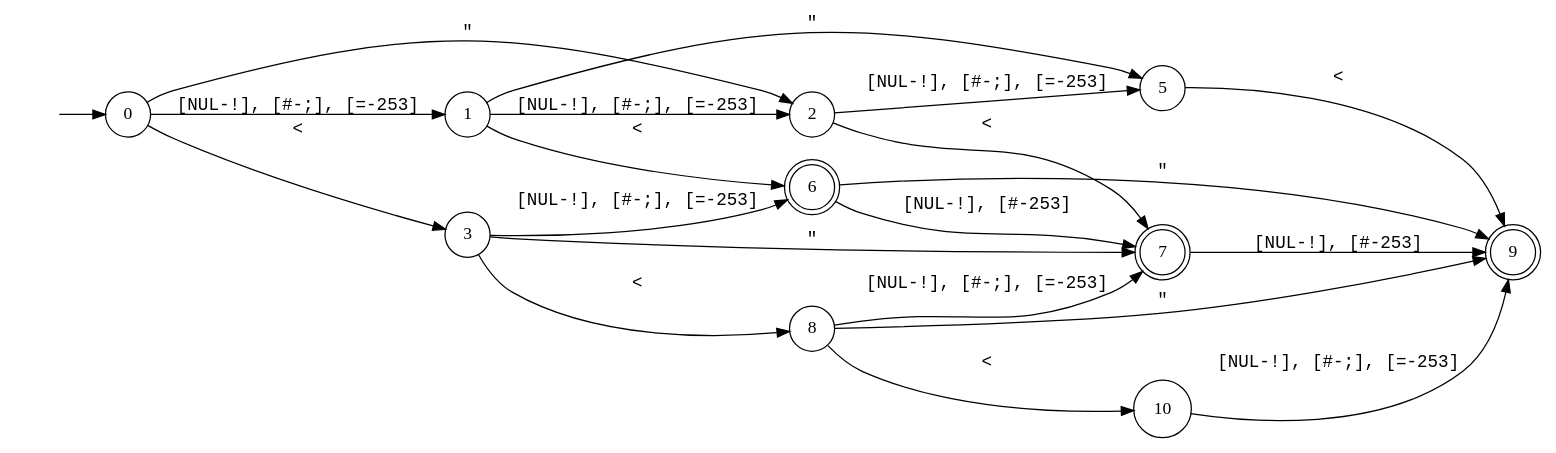
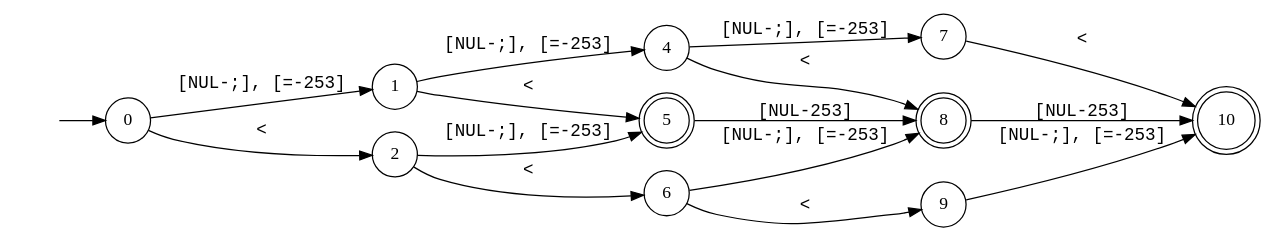
Before and after one commit to vlab-cs-ucsb/SemRep: the diagram in SemRep/outputs/reference_depgraph_target_depgraph_x_sp_auto.dot, drawn with Graphviz. The commit also changed 2 other files, not shown here.

```diff
--- a/SemRep/outputs/reference_depgraph_target_depgraph_x_sp_auto.dot
+++ b/SemRep/outputs/reference_depgraph_target_depgraph_x_sp_auto.dot
@@ -1,31 +1,26 @@
 digraph MONA_DFA {
  rankdir = LR;
  center = true;
  size = "700.5,1000.5";
  edge [fontname = Courier];
  node [height = .5, width = .5];
- node [shape = doublecircle]; 6; 7; 9;
- node [shape = circle]; 0; 1; 2; 3; 5; 8; 10;
+ node [shape = doublecircle]; 5; 8; 10;
+ node [shape = circle]; 0; 1; 2; 4; 6; 7; 9;
  node [shape = box];
  init [shape = plaintext, label = ""];
  init -> 0;
- 0 -> 1 [label=" [NUL-!], [#-;], [=-253]\n"];
- 0 -> 2 [label=" \""];
- 0 -> 3 [label=" <"];
- 1 -> 2 [label=" [NUL-!], [#-;], [=-253]\n"];
- 1 -> 5 [label=" \""];
- 1 -> 6 [label=" <"];
- 2 -> 5 [label=" [NUL-!], [#-;], [=-253]\n"];
- 2 -> 7 [label=" <"];
- 3 -> 6 [label=" [NUL-!], [#-;], [=-253]\n"];
- 3 -> 7 [label=" \""];
- 3 -> 8 [label=" <"];
- 5 -> 9 [label=" <"];
- 6 -> 7 [label=" [NUL-!], [#-253]"];
- 6 -> 9 [label=" \""];
- 7 -> 9 [label=" [NUL-!], [#-253]"];
- 8 -> 7 [label=" [NUL-!], [#-;], [=-253]\n"];
- 8 -> 9 [label=" \""];
- 8 -> 10 [label=" <"];
- 10 -> 9 [label=" [NUL-!], [#-;], [=-253]\n"];
+ 0 -> 1 [label=" [NUL-;], [=-253]"];
+ 0 -> 2 [label=" <"];
+ 1 -> 4 [label=" [NUL-;], [=-253]"];
+ 1 -> 5 [label=" <"];
+ 2 -> 5 [label=" [NUL-;], [=-253]"];
+ 2 -> 6 [label=" <"];
+ 4 -> 7 [label=" [NUL-;], [=-253]"];
+ 4 -> 8 [label=" <"];
+ 5 -> 8 [label=" [NUL-253]"];
+ 6 -> 8 [label=" [NUL-;], [=-253]"];
+ 6 -> 9 [label=" <"];
+ 7 -> 10 [label=" <"];
+ 8 -> 10 [label=" [NUL-253]"];
+ 9 -> 10 [label=" [NUL-;], [=-253]"];
 }
```
